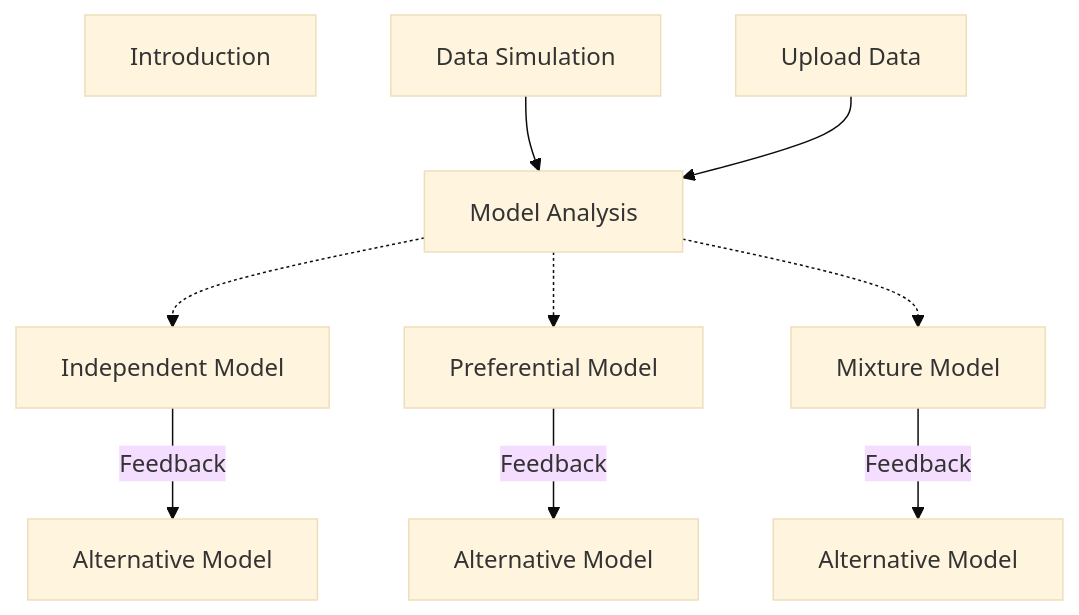
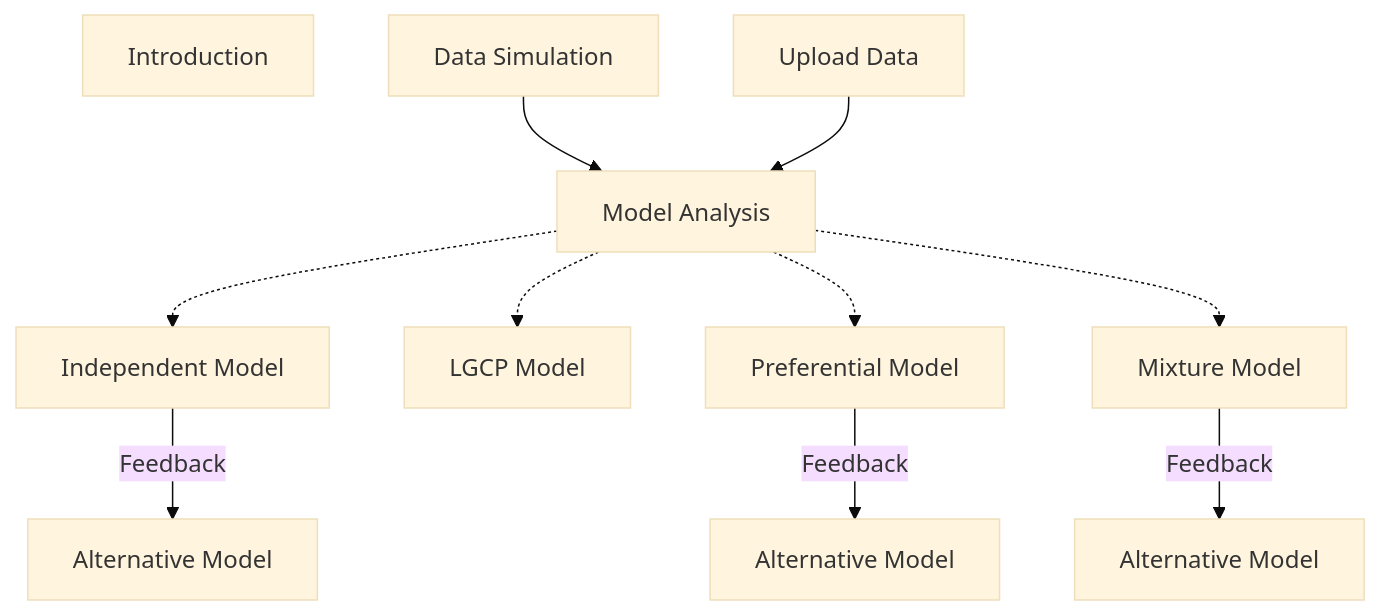
Before and after one commit to MarioFigueiraP/ShinyAppSpatialModelFeedback: the diagram in README.md, drawn with Mermaid (base theme). The commit also changed other lines of this file, not shown here.

````diff
--- a/README.md
+++ b/README.md
@@ -48,12 +49,13 @@
 ```mermaid
 flowchart TD
     A[Introduction]
     B[Data Simulation]-->D[Model Analysis]
     C[Upload Data]-->D[Model Analysis]
     D[Model Analysis]-.->E[Independent Model]
-    D[Model Analysis]-.->F[Preferential Model]
-    D[Model Analysis]-.->G[Mixture Model] 
-    E-- Feedback --> H[Alternative Model]
-    F-- Feedback --> I[Alternative Model]
+    D[Model Analysis]-.->F[LGCP Model]
+    D[Model Analysis]-.->G[Preferential Model]
+    D[Model Analysis]-.->H[Mixture Model] 
+    E-- Feedback --> I[Alternative Model]
     G-- Feedback --> J[Alternative Model]
+    H-- Feedback --> K[Alternative Model]
 ```
````
